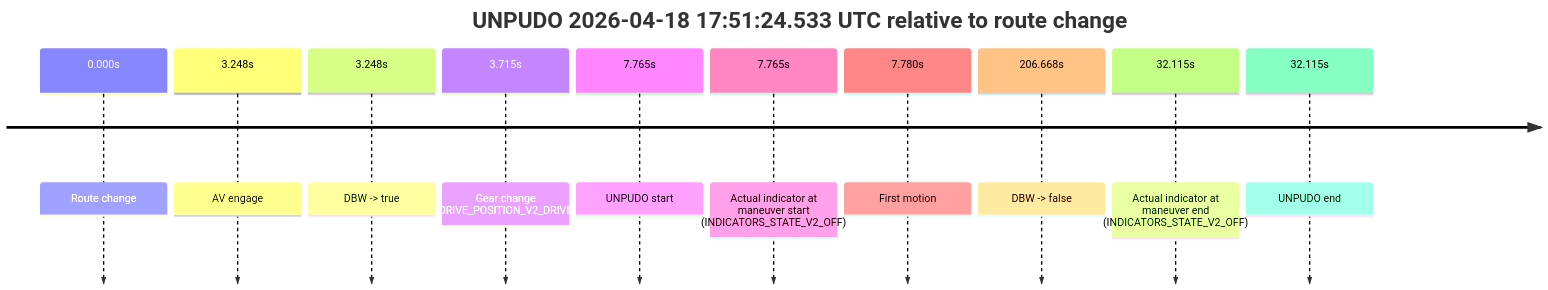
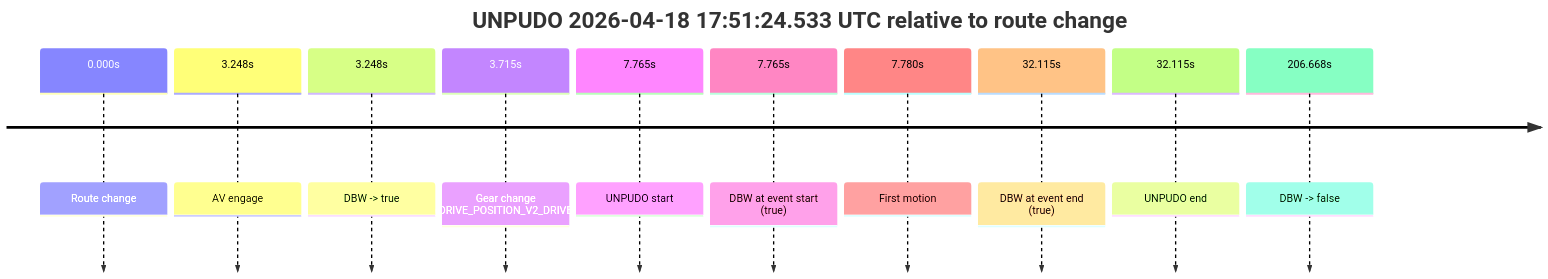
The fifth of 5 diagrams in model_analysis/report_cards/2026/04/Week-3/fme20031--2026-04-18--16-34-58--gen2-av-e3ddc9a0-8262-4c49-8188-a601fd722cbf.md (yoelshapiro/vault), drawn with Mermaid before and after one commit. The commit also changed other lines of this file and 32 other files, not shown here.

````diff
--- a/model_analysis/report_cards/2026/04/Week-3/fme20031--2026-04-18--16-34-58--gen2-av-e3ddc9a0-8262-4c49-8188-a601fd722cbf.md
+++ b/model_analysis/report_cards/2026/04/Week-3/fme20031--2026-04-18--16-34-58--gen2-av-e3ddc9a0-8262-4c49-8188-a601fd722cbf.md
@@ -473,14 +403,14 @@
 ```mermaid
 timeline
     title UNPUDO 2026-04-18 17:51:24.533 UTC relative to route change
     0.000s : Route change
     3.248s : AV engage
     3.248s : DBW -> true
     3.715s : Gear change (DRIVE_POSITION_V2_DRIVE)
     7.765s : UNPUDO start
-    7.765s : Actual indicator at maneuver start (INDICATORS_STATE_V2_OFF)
+    7.765s : DBW at event start (true)
     7.780s : First motion
+    32.115s : DBW at event end (true)
+    32.115s : UNPUDO end
     206.668s : DBW -> false
-    32.115s : Actual indicator at maneuver end (INDICATORS_STATE_V2_OFF)
-    32.115s : UNPUDO end
 ```
````
